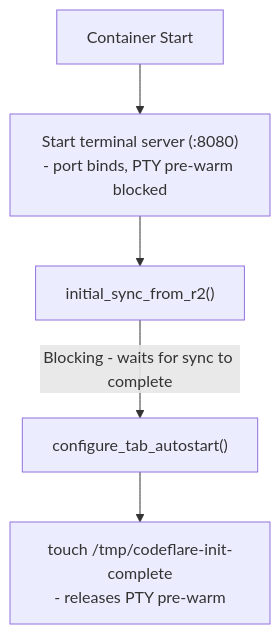
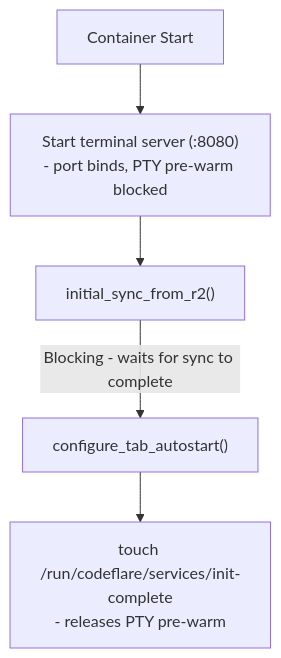
Before and after one commit to nikolanovoselec/codeflare: the diagram in documentation/lanes/container.md, drawn with Mermaid. The commit also changed other lines of this file and 207 other files, not shown here.

````diff
--- a/documentation/lanes/container.md
+++ b/documentation/lanes/container.md
@@ -142,7 +149,7 @@
 ```mermaid
 flowchart TD
     A[Container Start] --> B["Start terminal server (:8080)\n- port binds, PTY pre-warm blocked"]
     B --> C["initial_sync_from_r2()"]
     C -->|"Blocking - waits for sync to complete"| D["configure_tab_autostart()"]
-    D --> E["touch /tmp/codeflare-init-complete\n- releases PTY pre-warm"]
+    D --> E["touch /run/codeflare/services/init-complete\n- releases PTY pre-warm"]
 ```
````
